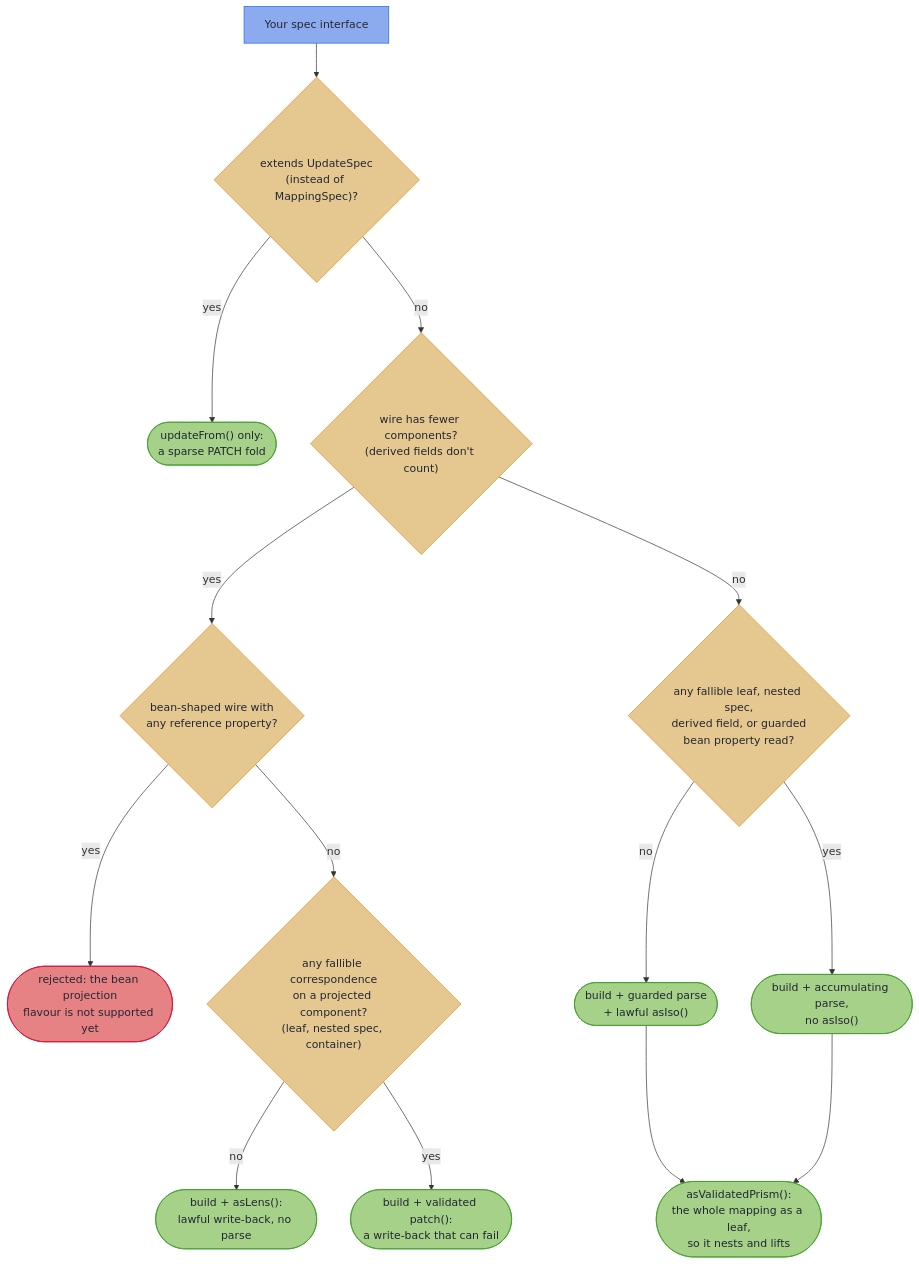
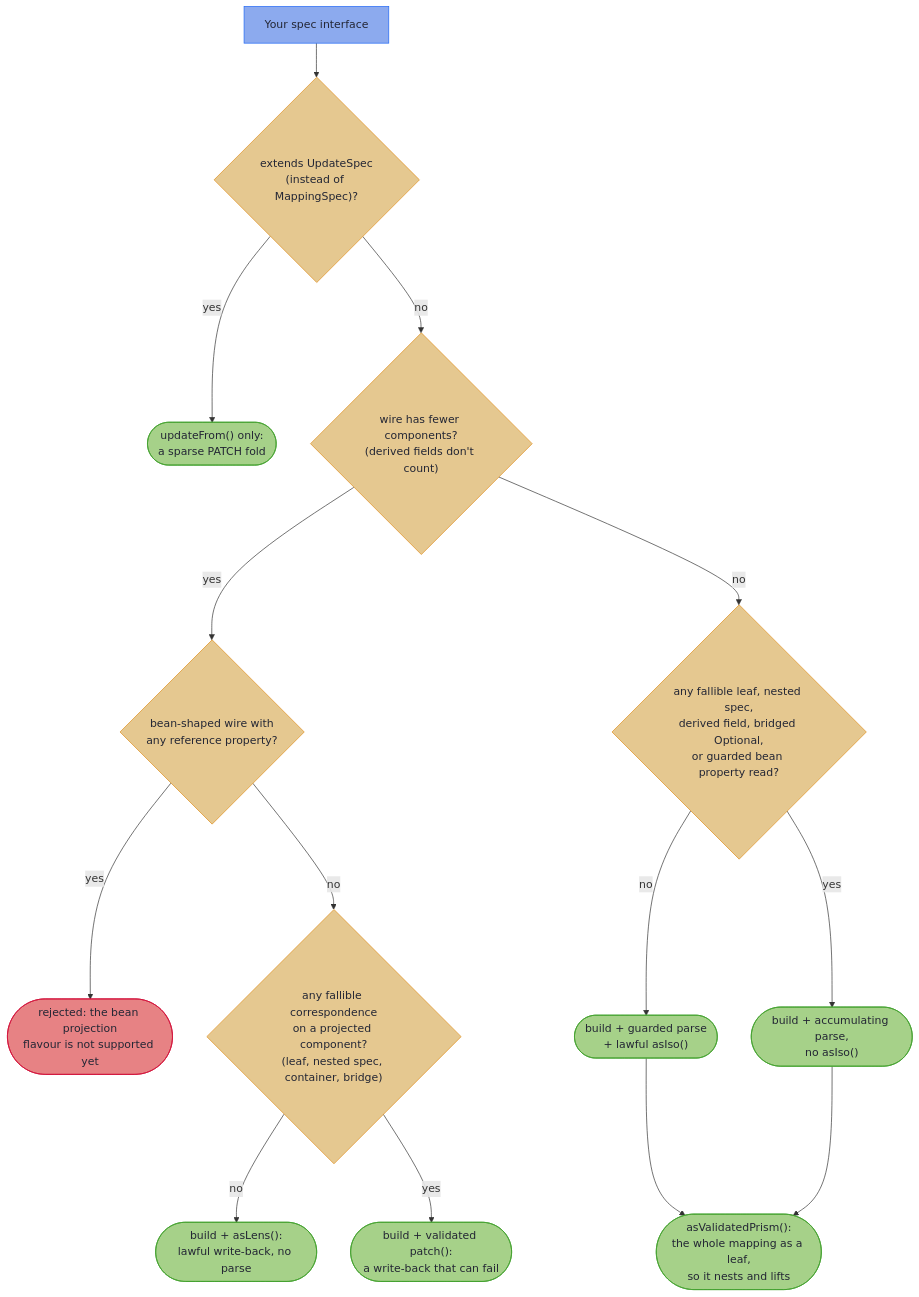
The diagram in hkj-book/src/mapping/tiers.md (higher-kinded-j/higher-kinded-j), drawn with Mermaid before and after one commit. The commit also changed other lines of this file and 24 other files, not shown here.

First line of the commit message:
A record wire opts an Optional component into the null-as-absent bridge (#673) (#824)

````diff
--- a/hkj-book/src/mapping/tiers.md
+++ b/hkj-book/src/mapping/tiers.md
@@ -20,25 +20,25 @@
 ```mermaid
 flowchart TD
     S["Your spec interface"] --> U{"extends UpdateSpec<br/>(instead of MappingSpec)?"}
     U -->|yes| UT(["updateFrom() only:<br/>a sparse PATCH fold"])
     U -->|no| W{"wire has fewer components?<br/>(derived fields don't count)"}
     W -->|yes| B{"bean-shaped wire with<br/>any reference property?"}
     B -->|yes| BX(["rejected: the bean projection<br/>flavour is not supported yet"])
-    B -->|no| F{"any fallible correspondence<br/>on a projected component?<br/>(leaf, nested spec, container)"}
+    B -->|no| F{"any fallible correspondence<br/>on a projected component?<br/>(leaf, nested spec, container, bridge)"}
     F -->|no| LT(["build + asLens():<br/>lawful write-back, no parse"])
     F -->|yes| PT(["build + validated patch():<br/>a write-back that can fail"])
-    W -->|no| D{"any fallible leaf, nested spec,<br/>derived field, or guarded<br/>bean property read?"}
+    W -->|no| D{"any fallible leaf, nested spec,<br/>derived field, bridged Optional,<br/>or guarded bean property read?"}
     D -->|no| IT(["build + guarded parse<br/>+ lawful asIso()"])
     D -->|yes| VT(["build + accumulating parse,<br/>no asIso()"])
     IT --> VP(["asValidatedPrism():<br/>the whole mapping as a leaf,<br/>so it nests and lifts"])
     VT --> VP
 
     classDef wire fill:#8caaee,stroke:#1e66f5,color:#232634
     classDef tier fill:#a6d189,stroke:#40a02b,color:#232634
     classDef decision fill:#e5c890,stroke:#df8e1d,color:#232634
     classDef error fill:#e78284,stroke:#d20f39,color:#232634
     class S wire
     class UT,LT,PT,IT,VT,VP tier
     class U,W,B,F,D decision
     class BX error
 ```
````
